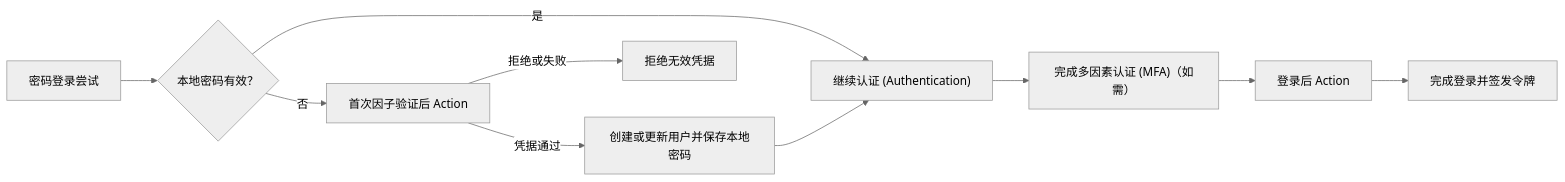
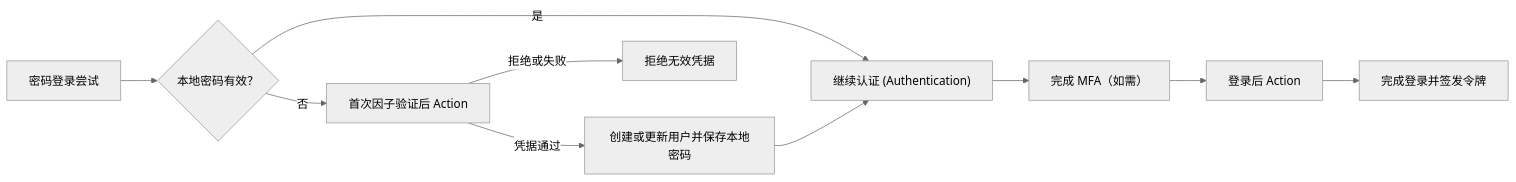
One commit to logto-io/docs changed the diagram in i18n/zh-CN/docusaurus-plugin-content-docs/current/developers/actions/README.mdx. Above: the diagram before and after it, drawn with Mermaid (neutral theme). The commit also changed other lines of this file and 17 other files, not shown here.

````diff
--- a/i18n/zh-CN/docusaurus-plugin-content-docs/current/developers/actions/README.mdx
+++ b/i18n/zh-CN/docusaurus-plugin-content-docs/current/developers/actions/README.mdx
@@ -29,12 +29,12 @@
 ```mermaid
 flowchart LR
   A["密码登录尝试"] --> B{"本地密码有效？"}
   B -->|"是"| E["继续认证 (Authentication)"]
   B -->|"否"| C["首次因子验证后 Action"]
   C -->|"凭据通过"| D["创建或更新用户并保存本地密码"]
   C -->|"拒绝或失败"| X["拒绝无效凭据"]
   D --> E
-  E --> F["完成多因素认证 (MFA)（如需）"]
+  E --> F["完成 MFA（如需）"]
   F --> G["登录后 Action"]
   G --> H["完成登录并签发令牌"]
 ```
````
